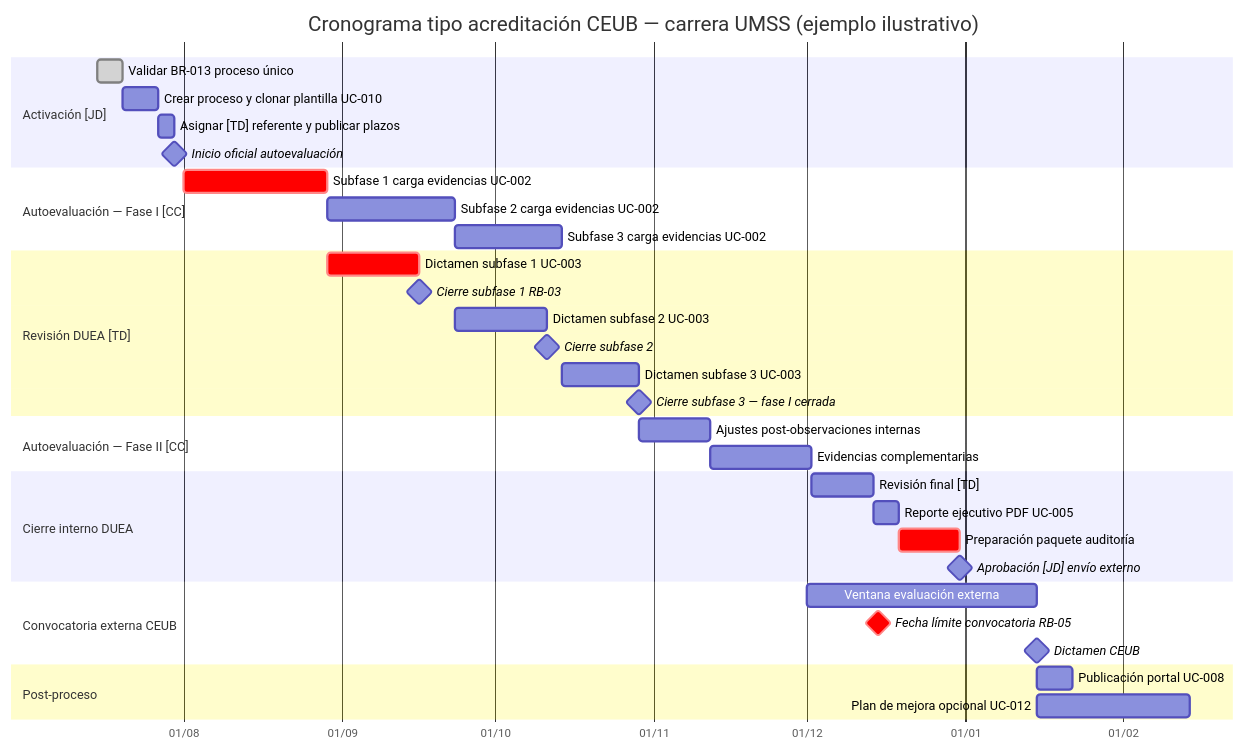
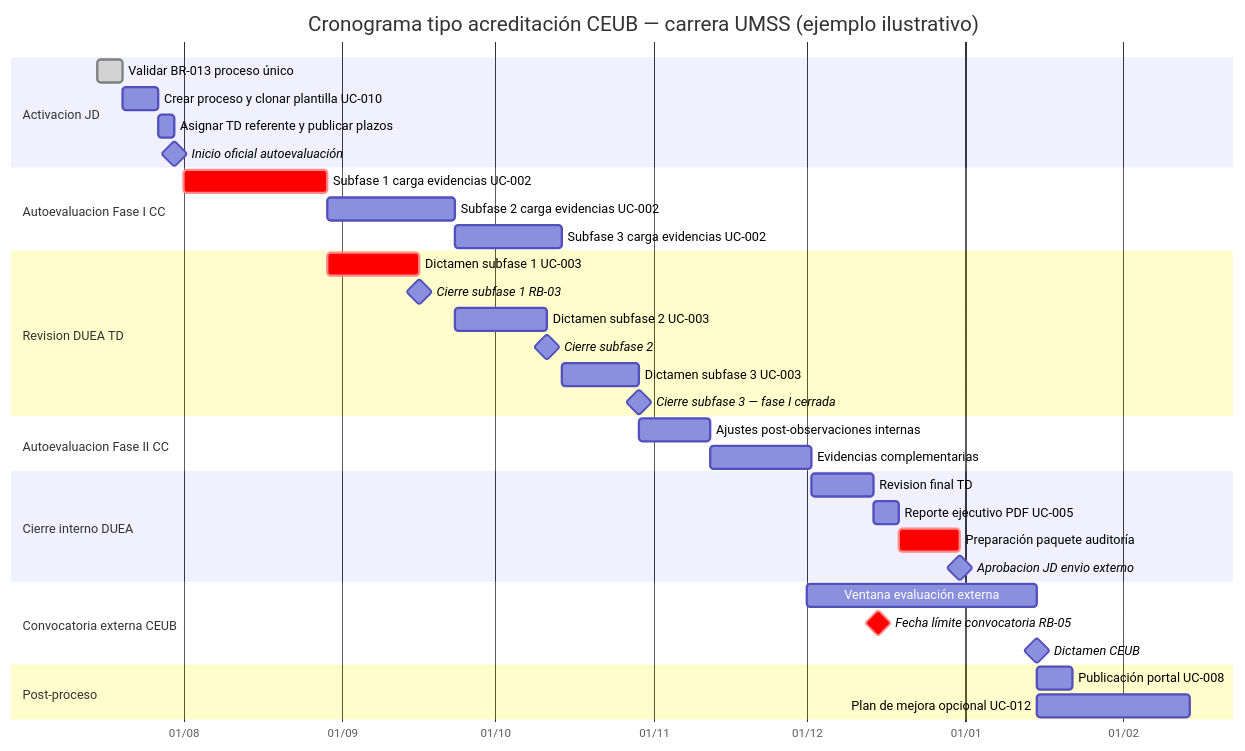
Before and after one commit to AcredIA-UMSS/sigesa-docs: the diagram in team/Marlene/07_diagramas/gantt.mmd, drawn with Mermaid. The commit also changed 11 other files, not shown here.

Commit message:
fix diagrams

```diff
--- a/team/Marlene/07_diagramas/gantt.mmd
+++ b/team/Marlene/07_diagramas/gantt.mmd
@@ -1,49 +1,49 @@
 %% gantt.mmd — Cronograma tipo proceso de acreditación CEUB (carrera UMSS)
 %% diagramId: GANTT-CEUB | alias: D-GANTT-002
 %% fsdTrace: docs/LFSD.md convocatoria · RB-05 · RB-08 · UC-002 · UC-003 · UC-010
 %% nota: Fechas EJEMPLO ILUSTRATIVO — no convocatoria real (CR-SIG-04)
 %% gestion_ejemplo: TEST_2026 · carrera: TEST_IngenieriaFicticia
 %% version: 1.0 · 14/05/2026
 
 gantt
     title Cronograma tipo acreditación CEUB — carrera UMSS (ejemplo ilustrativo)
     dateFormat YYYY-MM-DD
     axisFormat %d/%m
 
-    section Activación [JD]
+    section Activacion JD
     Validar BR-013 proceso único           :done, act0, 2026-07-15, 5d
     Crear proceso y clonar plantilla UC-010 :act1, after act0, 7d
-    Asignar [TD] referente y publicar plazos :act2, after act1, 3d
+    Asignar TD referente y publicar plazos :act2, after act1, 3d
     Inicio oficial autoevaluación           :milestone, ms0, after act2, 0d
 
-    section Autoevaluación — Fase I [CC]
+    section Autoevaluacion Fase I CC
     Subfase 1 carga evidencias UC-002     :crit, cc1, 2026-08-01, 28d
     Subfase 2 carga evidencias UC-002     :cc2, after cc1, 25d
     Subfase 3 carga evidencias UC-002     :cc3, after cc2, 21d
 
-    section Revisión DUEA [TD]
+    section Revision DUEA TD
     Dictamen subfase 1 UC-003             :crit, td1, after cc1, 18d
     Cierre subfase 1 RB-03                :milestone, ms1, after td1, 0d
     Dictamen subfase 2 UC-003             :td2, after cc2, 18d
     Cierre subfase 2                      :milestone, ms2, after td2, 0d
     Dictamen subfase 3 UC-003             :td3, after cc3, 15d
     Cierre subfase 3 — fase I cerrada     :milestone, ms3, after td3, 0d
 
-    section Autoevaluación — Fase II [CC]
+    section Autoevaluacion Fase II CC
     Ajustes post-observaciones internas   :cc4, after ms3, 14d
     Evidencias complementarias            :cc5, after cc4, 20d
 
     section Cierre interno DUEA
-    Revisión final [TD]                   :td4, after cc5, 12d
+    Revision final TD                     :td4, after cc5, 12d
     Reporte ejecutivo PDF UC-005          :jd1, after td4, 5d
     Preparación paquete auditoría         :crit, pkg1, after jd1, 12d
-    Aprobación [JD] envío externo         :milestone, ms4, after pkg1, 0d
+    Aprobacion JD envio externo           :milestone, ms4, after pkg1, 0d
 
     section Convocatoria externa CEUB
     Ventana evaluación externa            :ext1, 2026-12-01, 45d
     Fecha límite convocatoria RB-05       :crit, milestone, ms5, 2026-12-15, 0d
     Dictamen CEUB                         :milestone, ms6, after ext1, 0d
 
     section Post-proceso
     Publicación portal UC-008             :pub1, after ms6, 7d
     Plan de mejora opcional UC-012        :mej1, after ms6, 30d
```
